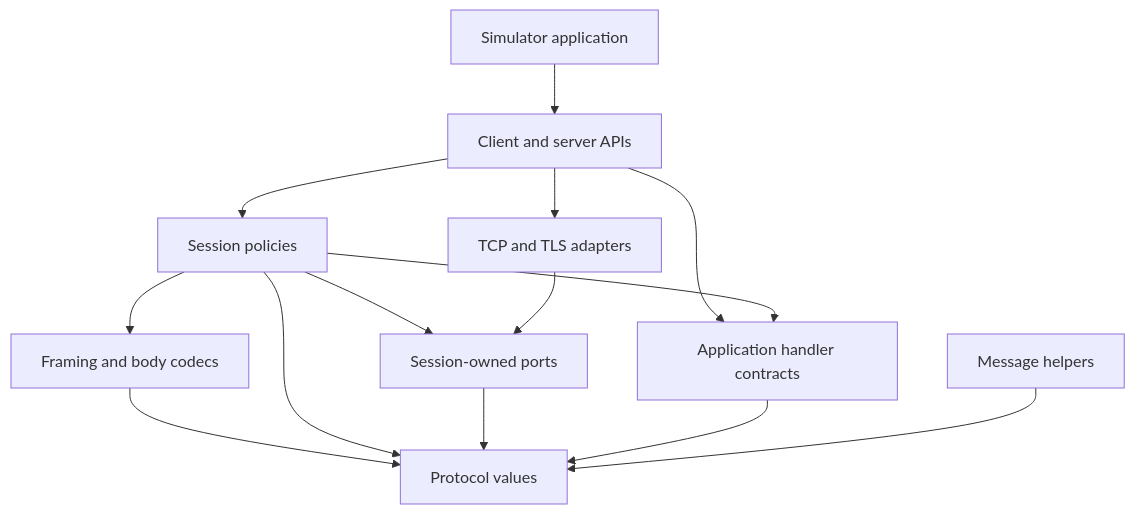
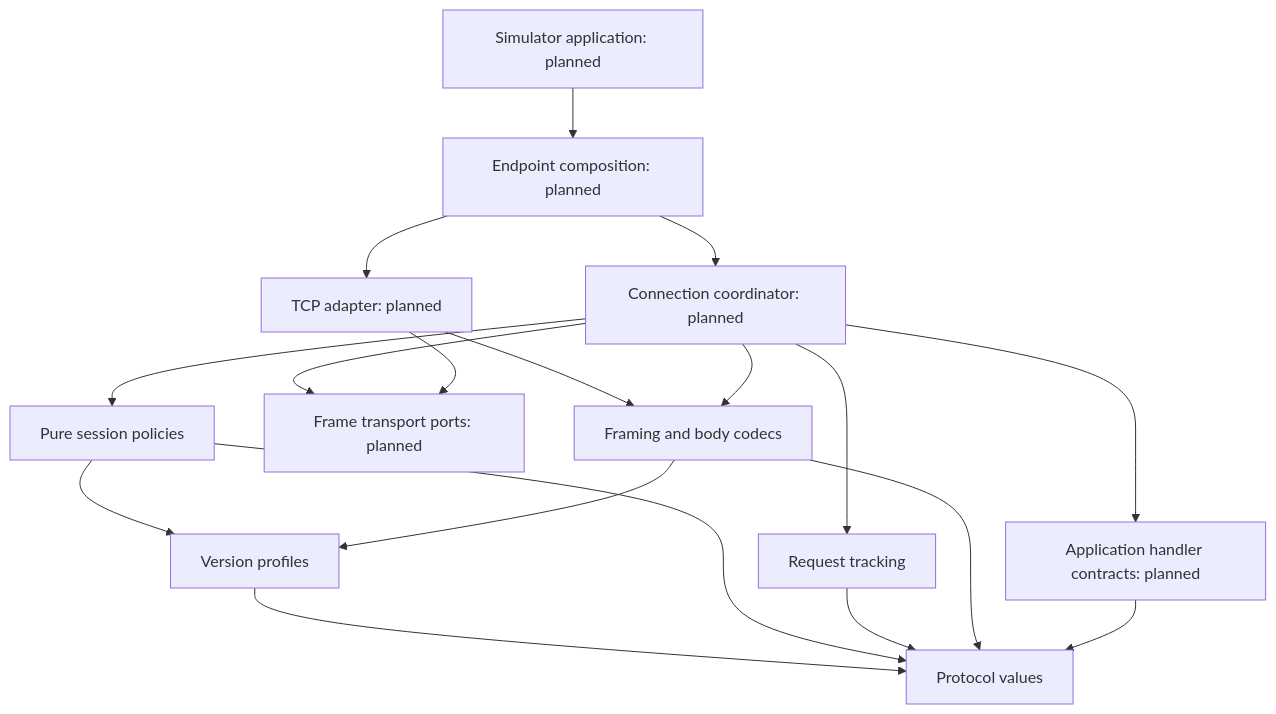
Before and after one commit to AidarbekMetinov/lightweight-smpp: the diagram in docs/API.md, drawn with Mermaid. The commit also changed other lines of this file and 28 other files, not shown here.

Commit message:
Add request tracking

````diff
--- a/docs/API.md
+++ b/docs/API.md
@@ -243,16 +243,20 @@
 ```mermaid
 flowchart TD
-    Sim[Simulator application] --> Api[Client and server APIs]
-    Api --> Core[Session policies]
-    Api --> Transport[TCP and TLS adapters]
-    Core --> Ports[Session-owned ports]
+    Sim[Simulator application: planned] --> Api[Endpoint composition: planned]
+    Api --> Core[Connection coordinator: planned]
+    Api --> Transport[TCP adapter: planned]
+    Core --> Policies[Pure session policies]
+    Core --> Requests[Request tracking]
+    Core --> Ports[Frame transport ports: planned]
     Transport --> Ports
-    Core --> Codec[Framing and body codecs]
-    Codec --> Values[Protocol values]
-    Core --> Values
-    Ports --> Values
-    Api --> Handlers[Application handler contracts]
-    Core --> Handlers
+    Transport --> Codec[Framing and body codecs]
+    Core --> Codec
+    Policies --> Profiles[Version profiles]
+    Codec --> Profiles
+    Profiles --> Values[Protocol values]
+    Policies --> Values
+    Requests --> Values
+    Codec --> Values
+    Core --> Handlers[Application handler contracts: planned]
     Handlers --> Values
-    Helpers[Message helpers] --> Values
 ```
````
